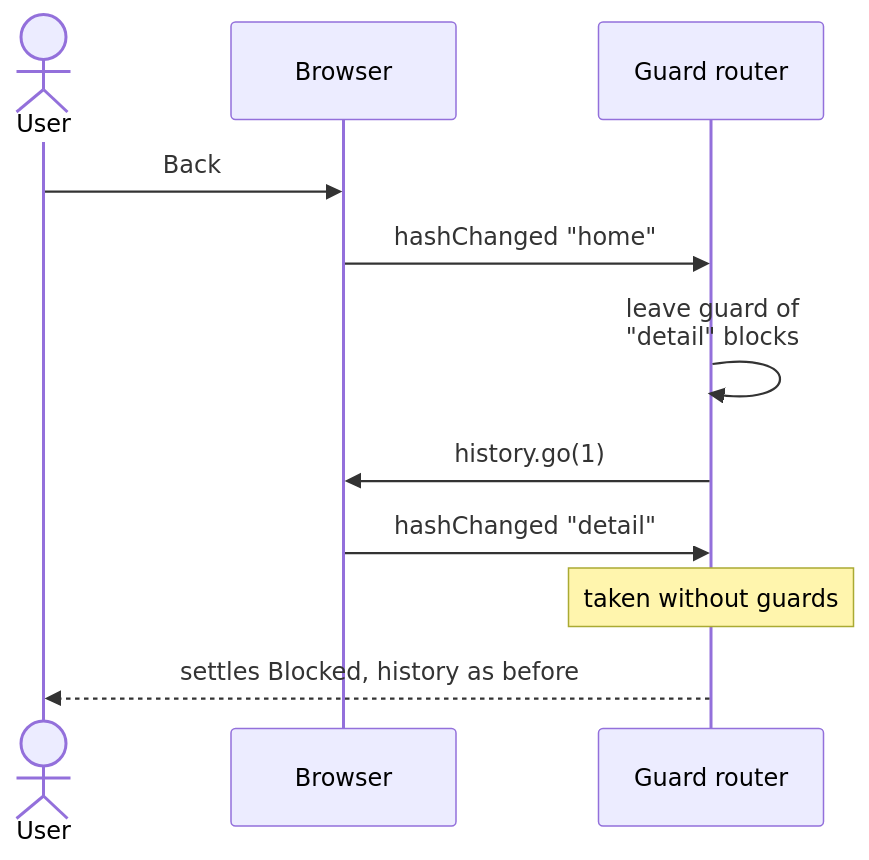
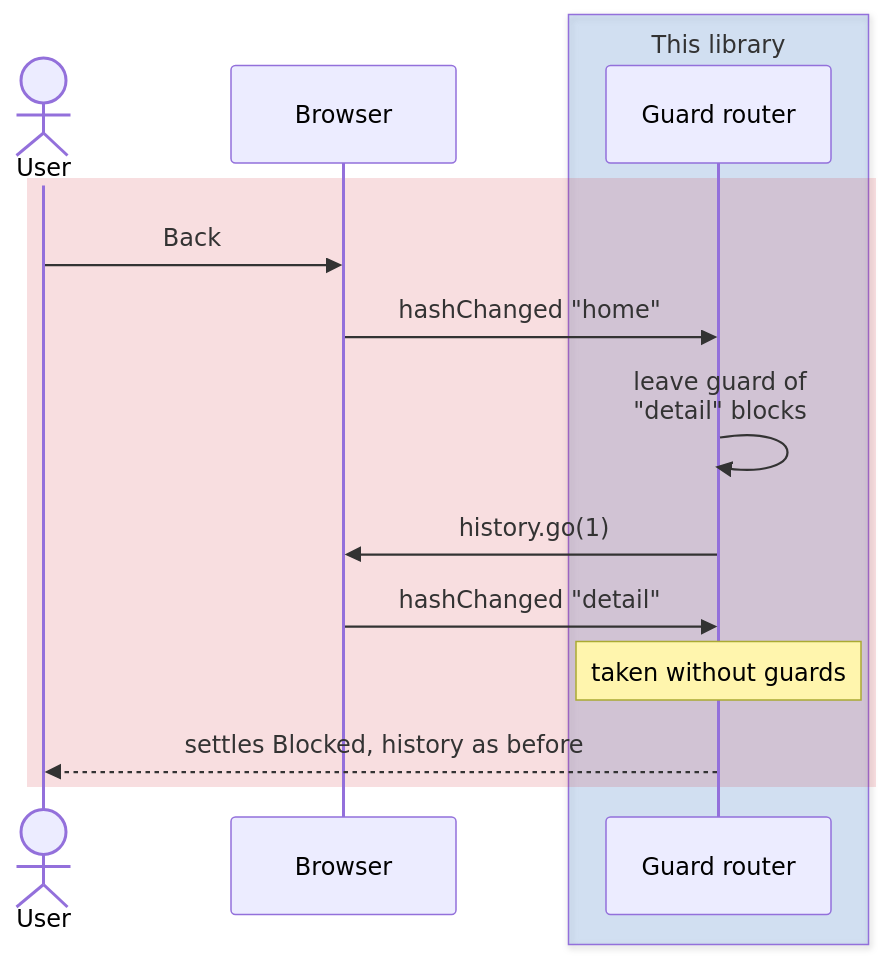
One commit to wridgeu/ui5-lib-guard-router changed the seventh of 9 diagrams in packages/lib/README.md. Above: the diagram before and after it, drawn with Mermaid. The commit also changed other lines of this file and 4 other files, not shown here.

First line of the commit message:
docs: give every diagram the one palette and a legend

````diff
--- a/packages/lib/README.md
+++ b/packages/lib/README.md
@@ -1206,13 +1226,17 @@
 ```mermaid
 sequenceDiagram
     actor User
     participant Browser
-    participant Router as Guard router
-    User->>Browser: Back
-    Browser->>Router: hashChanged "home"
-    Router->>Router: leave guard of<br/>"detail" blocks
-    Router->>Browser: history.go(1)
-    Browser->>Router: hashChanged "detail"
-    Note over Router: taken without guards
-    Router-->>User: settles Blocked, history as before
+    box rgba(9, 105, 218, 0.15) This library
+        participant Router as Guard router
+    end
+    rect rgba(207, 34, 46, 0.15)
+        User->>Browser: Back
+        Browser->>Router: hashChanged "home"
+        Router->>Router: leave guard of<br/>"detail" blocks
+        Router->>Browser: history.go(1)
+        Browser->>Router: hashChanged "detail"
+        Note over Router: taken without guards
+        Router-->>User: settles Blocked, history as before
+    end
 ```
````
